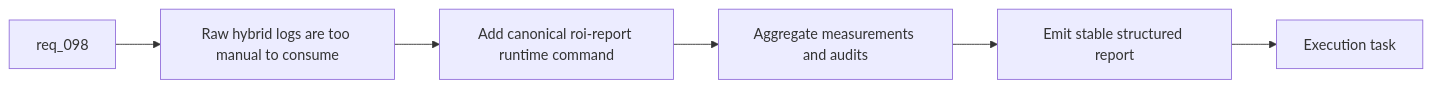
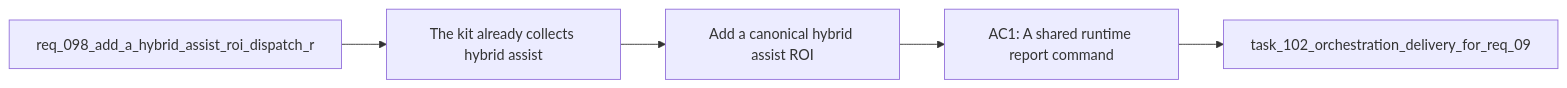
One commit to AlexAgo83/logics-manager changed the diagram in logics/backlog/item_164_add_a_canonical_hybrid_assist_roi_report_runtime_surface_over_existing_measurement_and_audit_logs.md. Above: the diagram before and after it, drawn with Mermaid. The commit also changed 481 other files, not shown here.

````diff
--- a/logics/backlog/item_164_add_a_canonical_hybrid_assist_roi_report_runtime_surface_over_existing_measurement_and_audit_logs.md
+++ b/logics/backlog/item_164_add_a_canonical_hybrid_assist_roi_report_runtime_surface_over_existing_measurement_and_audit_logs.md
@@ -28,10 +28,9 @@
 ```mermaid
 %% logics-kind: backlog
 %% logics-signature: backlog|add-a-canonical-hybrid-assist-roi-report|req-098-add-a-hybrid-assist-roi-dispatch|the-kit-already-collects-hybrid-assist|ac1-a-shared-runtime-report-command
 flowchart LR
-    Request[req_098] --> Problem[Raw hybrid logs are too manual to consume]
-    Problem --> Command[Add canonical roi-report runtime command]
-    Command --> Aggregate[Aggregate measurements and audits]
-    Aggregate --> Output[Emit stable structured report]
-    Output --> Done[Execution task]
+    Request[req_098_add_a_hybrid_assist_roi_dispatch_r] --> Problem[The kit already collects hybrid assist]
+    Problem --> Scope[Add a canonical hybrid assist ROI]
+    Scope --> Acceptance[AC1: A shared runtime report command]
+    Acceptance --> Tasks[task_102_orchestration_delivery_for_req_09]
 ```
````
